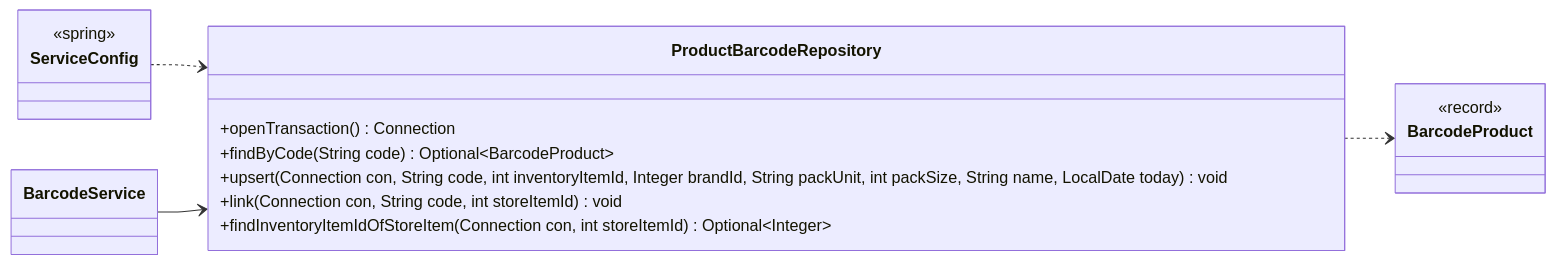
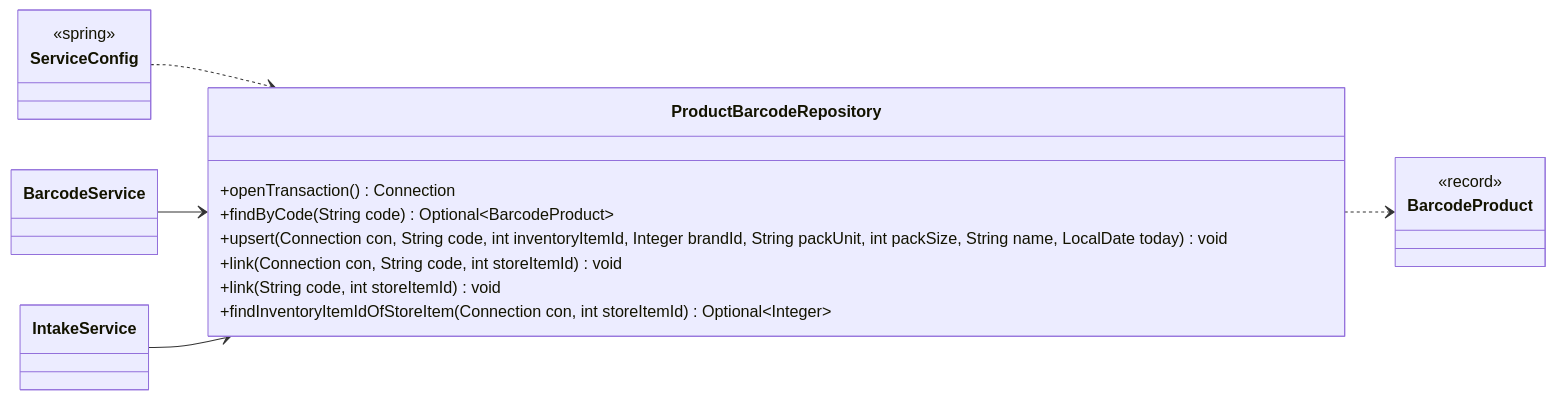
One commit to Nate-ryan-7690/dahaem changed diagram 15 of 17 in docs/classes/barcode.md. Above: the diagram before and after it, drawn with Mermaid. The commit also changed other lines of this file and 6 other files, not shown here.

````diff
--- a/docs/classes/barcode.md
+++ b/docs/classes/barcode.md
@@ -406,21 +596,24 @@
 ```mermaid
 classDiagram
     direction LR
     class barcode_ProductBarcodeRepository["ProductBarcodeRepository"] {
         +openTransaction() Connection
         +findByCode(String code) Optional~BarcodeProduct~
         +upsert(Connection con, String code, int inventoryItemId, Integer brandId, String packUnit, int packSize, String name, LocalDate today) void
         +link(Connection con, String code, int storeItemId) void
+        +link(String code, int storeItemId) void
         +findInventoryItemIdOfStoreItem(Connection con, int storeItemId) Optional~Integer~
     }
     class barcode_BarcodeService["BarcodeService"]
+    class barcode_IntakeService["IntakeService"]
     class barcode_BarcodeProduct["BarcodeProduct"] {
         <<record>>
     }
     class api_ServiceConfig["ServiceConfig"] {
         <<spring>>
     }
     barcode_ProductBarcodeRepository ..> barcode_BarcodeProduct
     api_ServiceConfig ..> barcode_ProductBarcodeRepository
     barcode_BarcodeService --> barcode_ProductBarcodeRepository
+    barcode_IntakeService --> barcode_ProductBarcodeRepository
 ```
````
